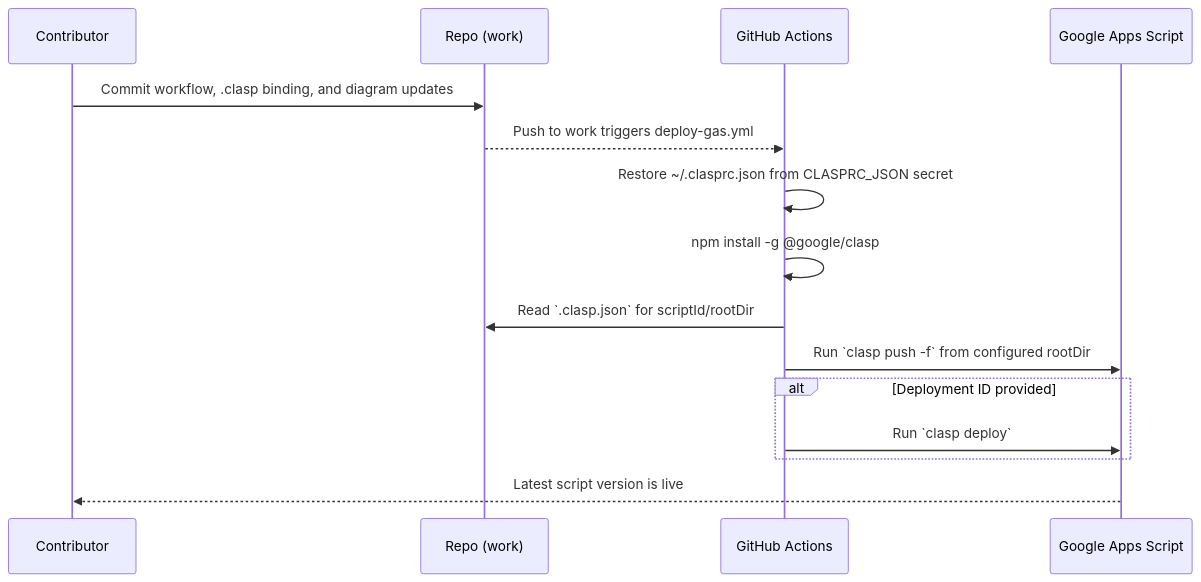
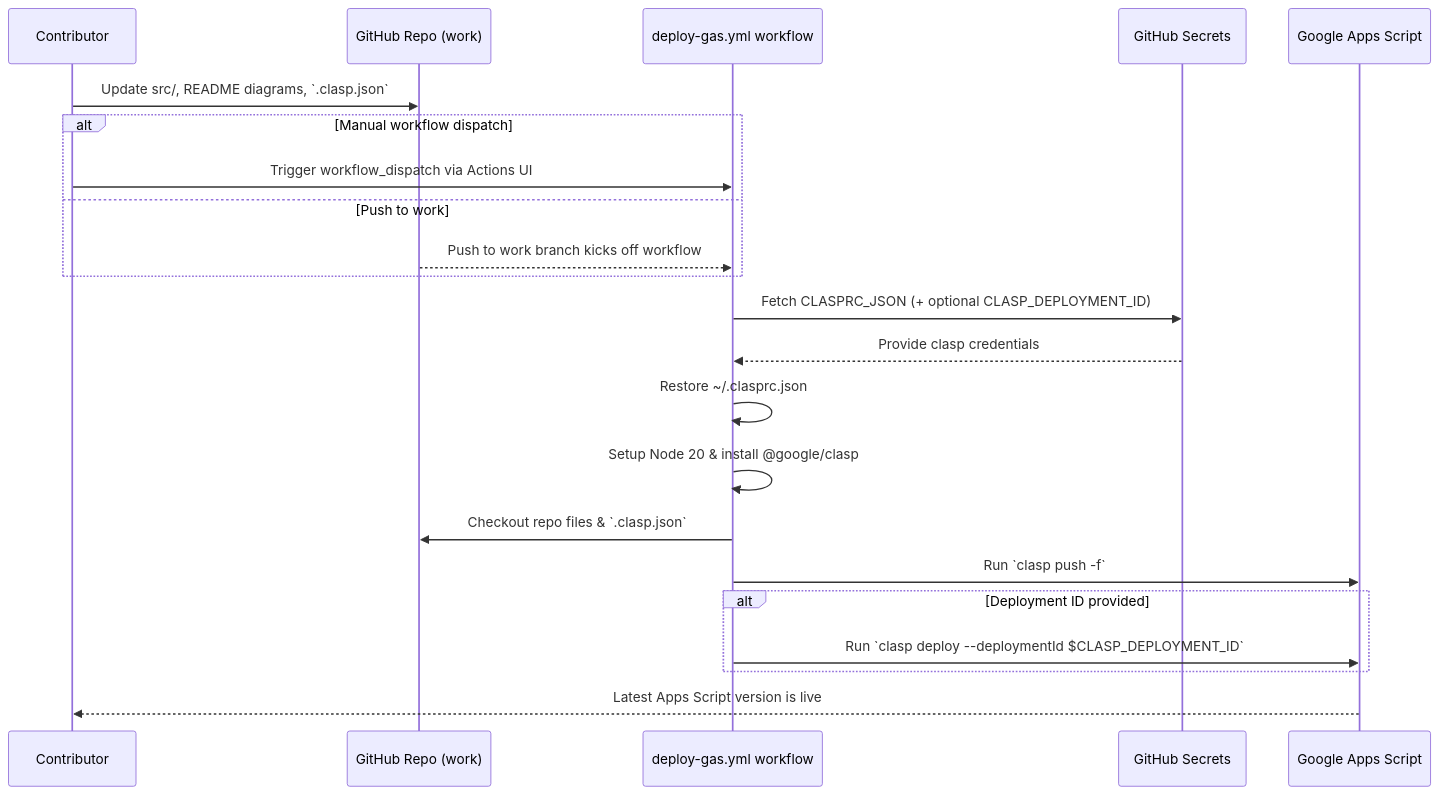
Before and after one commit to muyueh/test-clasp: the third of 5 diagrams in README.md, drawn with Mermaid. The commit also changed other lines of this file, not shown here.

Commit message:
Update README diagrams

````diff
--- a/README.md
+++ b/README.md
@@ -38,17 +43,24 @@
 ```mermaid
 sequenceDiagram
     participant Dev as Contributor
-    participant Repo as Repo (work)
-    participant CI as GitHub Actions
+    participant Repo as GitHub Repo (work)
+    participant CI as deploy-gas.yml workflow
+    participant Secrets as GitHub Secrets
     participant GAS as Google Apps Script
-    Dev->>Repo: Commit workflow, .clasp binding, and diagram updates
-    Repo-->>CI: Push to work triggers deploy-gas.yml
-    CI->>CI: Restore ~/.clasprc.json from CLASPRC_JSON secret
-    CI->>CI: npm install -g @google/clasp
-    CI->>Repo: Read `.clasp.json` for scriptId/rootDir
-    CI->>GAS: Run `clasp push -f` from configured rootDir
+    Dev->>Repo: Update src/, README diagrams, `.clasp.json`
+    alt Manual workflow dispatch
+        Dev->>CI: Trigger workflow_dispatch via Actions UI
+    else Push to work
+        Repo-->>CI: Push to work branch kicks off workflow
+    end
+    CI->>Secrets: Fetch CLASPRC_JSON (+ optional CLASP_DEPLOYMENT_ID)
+    Secrets-->>CI: Provide clasp credentials
+    CI->>CI: Restore ~/.clasprc.json
+    CI->>CI: Setup Node 20 & install @google/clasp
+    CI->>Repo: Checkout repo files & `.clasp.json`
+    CI->>GAS: Run `clasp push -f`
     alt Deployment ID provided
-        CI->>GAS: Run `clasp deploy`
+        CI->>GAS: Run `clasp deploy --deploymentId $CLASP_DEPLOYMENT_ID`
     end
-    GAS-->>Dev: Latest script version is live
+    GAS-->>Dev: Latest Apps Script version is live
 ```
````
